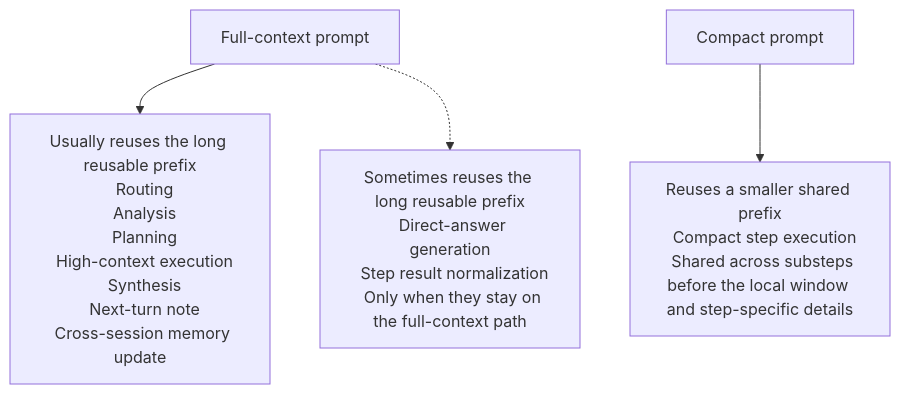
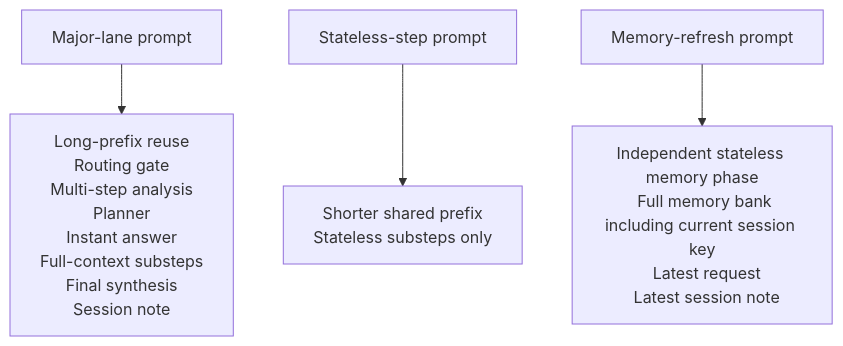
One commit to Eason023/chat-studio changed the third of 3 diagrams in README.md. Above: the diagram before and after it, drawn with Mermaid. The commit also changed other lines of this file and 2 other files, not shown here.

Commit message:
feat: reconstruct intelligent mechanism of major lane for better session oriented chat.

````diff
--- a/README.md
+++ b/README.md
@@ -347,20 +342,19 @@
 ```mermaid
 flowchart TD
-  A["Full-context prompt"] --> B["Usually reuses the long reusable prefix
-  Routing
-  Analysis
-  Planning
-  High-context execution
-  Synthesis
-  Next-turn note
-  Cross-session memory update"]
+  A["Major-lane prompt"] --> B["Long-prefix reuse
+  Routing gate
+  Multi-step analysis
+  Planner
+  Instant answer
+  Full-context substeps
+  Final synthesis
+  Session note"]
 
-  D["Compact prompt"] --> E["Reuses a smaller shared prefix
-  Compact step execution
-  Shared across substeps before the local window and step-specific details"]
+  C["Stateless-step prompt"] --> D["Shorter shared prefix
+  Stateless substeps only"]
 
-  A -.-> C["Sometimes reuses the long reusable prefix
-  Direct-answer generation
-  Step result normalization
-  Only when they stay on the full-context path"]
+  E["Memory-refresh prompt"] --> F["Independent stateless memory phase
+  Full memory bank including current session key
+  Latest request
+  Latest session note"]
 ```
````
